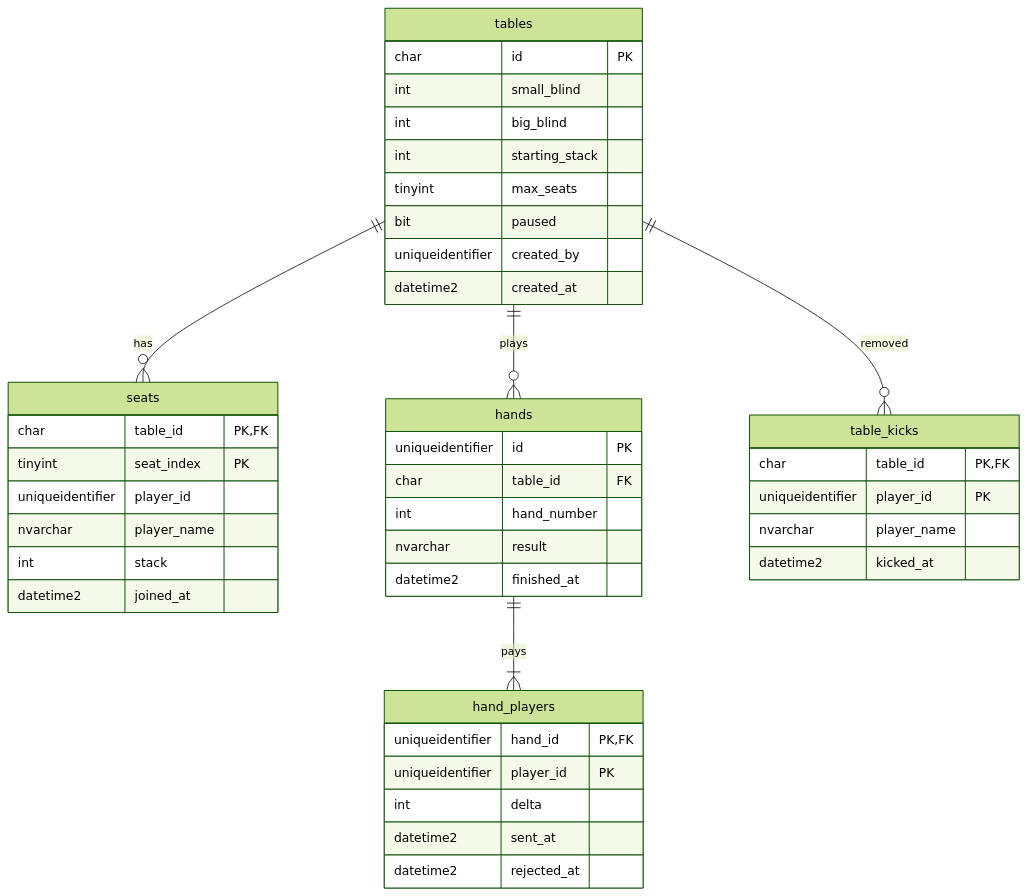
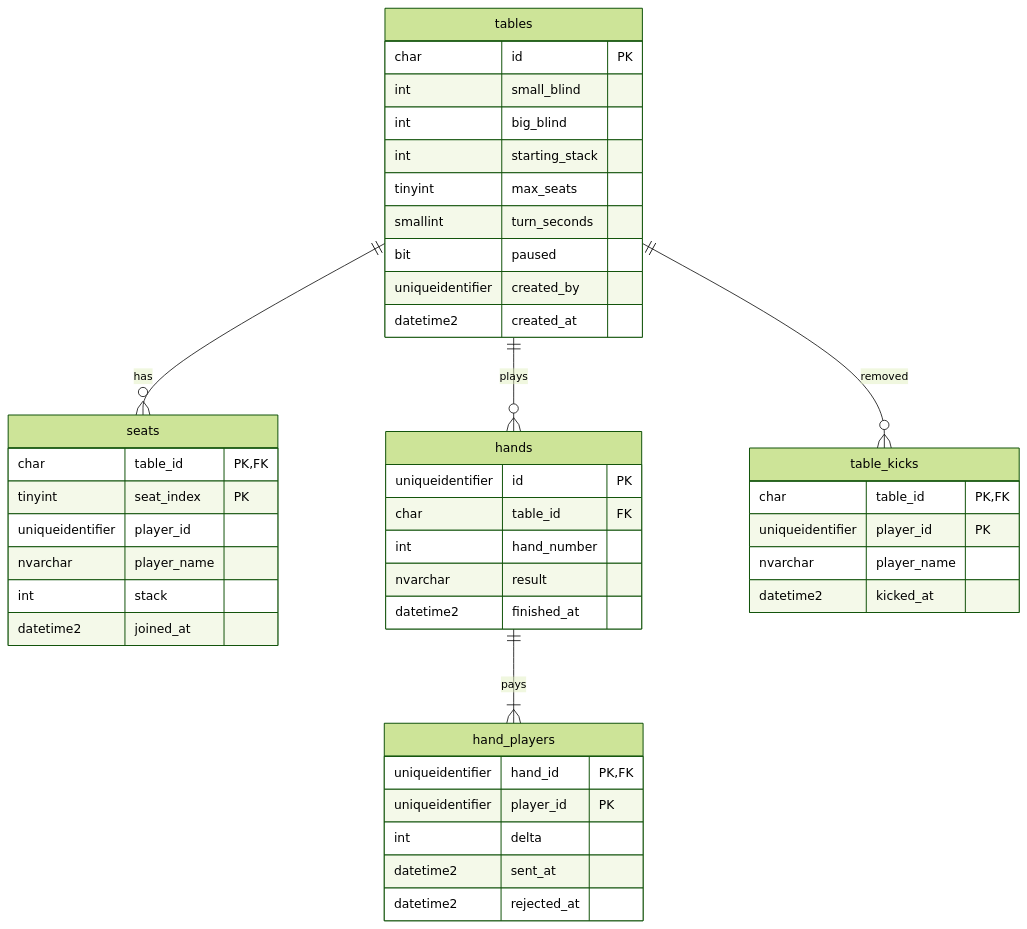
One commit to iciaradelino/pokerface changed the second of 2 diagrams in docs/data-model.md. Above: the diagram before and after it, drawn with Mermaid (forest theme). The commit also changed other lines of this file and 7 other files, not shown here.

````diff
--- a/docs/data-model.md
+++ b/docs/data-model.md
@@ -93,45 +93,46 @@
 ```mermaid
 erDiagram
     tables ||--o{ seats : "has"
     tables ||--o{ hands : "plays"
     tables ||--o{ table_kicks : "removed"
     hands ||--|{ hand_players : "pays"
     tables {
         char id PK
         int small_blind
         int big_blind
         int starting_stack
         tinyint max_seats
+        smallint turn_seconds
         bit paused
         uniqueidentifier created_by
         datetime2 created_at
     }
     seats {
         char table_id PK, FK
         tinyint seat_index PK
         uniqueidentifier player_id
         nvarchar player_name
         int stack
         datetime2 joined_at
     }
     hands {
         uniqueidentifier id PK
         char table_id FK
         int hand_number
         nvarchar result
         datetime2 finished_at
     }
     hand_players {
         uniqueidentifier hand_id PK, FK
         uniqueidentifier player_id PK
         int delta
         datetime2 sent_at
         datetime2 rejected_at
     }
     table_kicks {
         char table_id PK, FK
         uniqueidentifier player_id PK
         nvarchar player_name
         datetime2 kicked_at
     }
 ```
````
